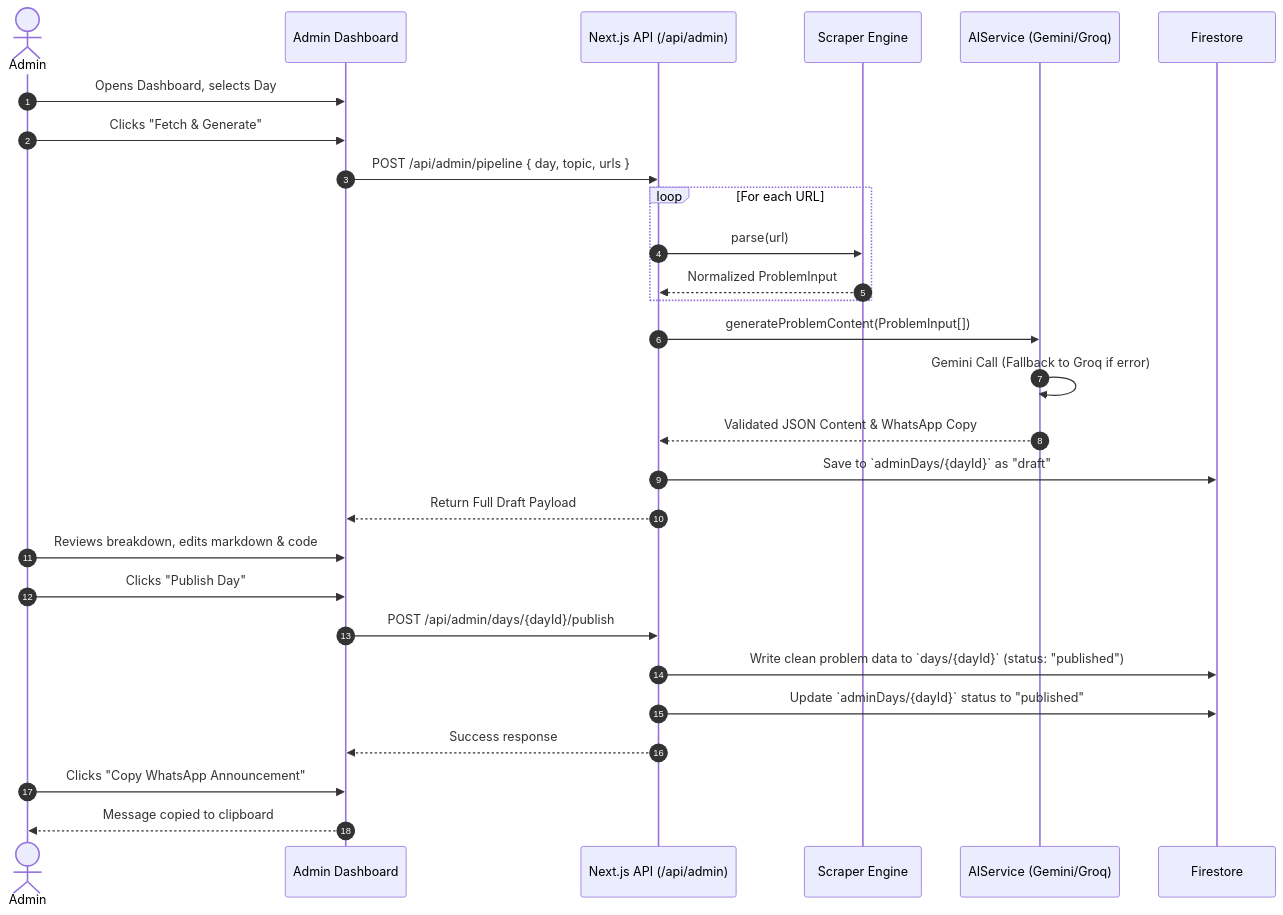
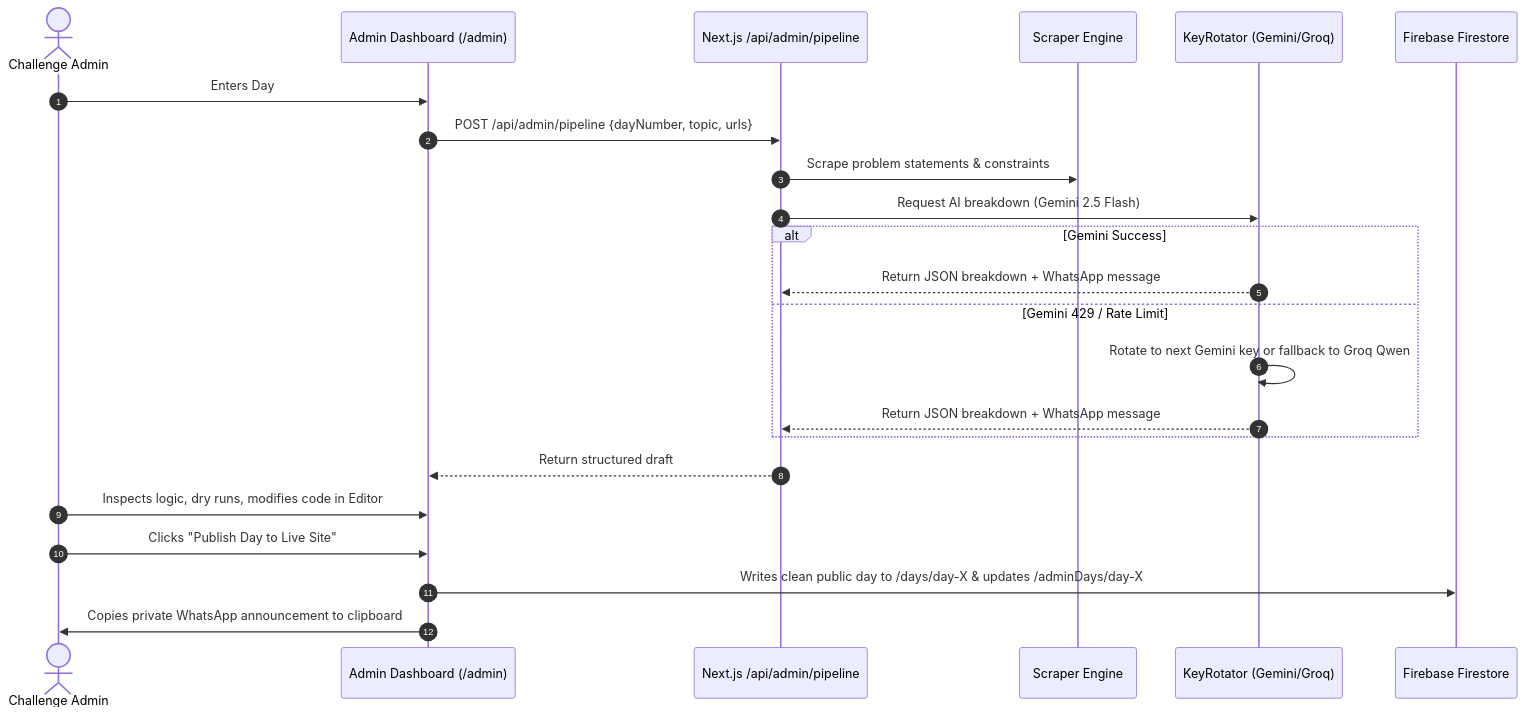
The third of 7 diagrams in SYSTEM_DESIGN.md (atharvabaodhankar/100_days_code), drawn with Mermaid before and after one commit. The commit also changed other lines of this file and 12 other files, not shown here.

Commit message:
feat: implement challenge detail and leaderboard pages with integrated Firebase gamification and authentication

````diff
--- a/SYSTEM_DESIGN.md
+++ b/SYSTEM_DESIGN.md
@@ -190,37 +224,26 @@
 ```mermaid
 sequenceDiagram
     autonumber
-    actor Admin
-    participant AdminUI as Admin Dashboard
-    participant API as Next.js API (/api/admin)
+    actor Admin as Challenge Admin
+    participant AdminUI as Admin Dashboard (/admin)
+    participant PipeAPI as Next.js /api/admin/pipeline
     participant Scraper as Scraper Engine
-    participant AI as AIService (Gemini/Groq)
-    participant DB as Firestore
+    participant KeyRot as KeyRotator (Gemini/Groq)
+    participant Firestore as Firebase Firestore
 
-    Admin->>AdminUI: Opens Dashboard, selects Day # & enters 1–3 URLs
-    Admin->>AdminUI: Clicks "Fetch & Generate"
-    AdminUI->>API: POST /api/admin/pipeline { day, topic, urls }
-    
-    loop For each URL
-        API->>Scraper: parse(url)
-        Scraper-->>API: Normalized ProblemInput
+    Admin->>AdminUI: Enters Day #, Topic, and 1–3 Problem URLs
+    AdminUI->>PipeAPI: POST /api/admin/pipeline {dayNumber, topic, urls}
+    PipeAPI->>Scraper: Scrape problem statements & constraints
+    PipeAPI->>KeyRot: Request AI breakdown (Gemini 2.5 Flash)
+    alt Gemini Success
+        KeyRot-->>PipeAPI: Return JSON breakdown + WhatsApp message
+    else Gemini 429 / Rate Limit
+        KeyRot->>KeyRot: Rotate to next Gemini key or fallback to Groq Qwen
+        KeyRot-->>PipeAPI: Return JSON breakdown + WhatsApp message
     end
-
-    API->>AI: generateProblemContent(ProblemInput[])
-    AI->>AI: Gemini Call (Fallback to Groq if error)
-    AI-->>API: Validated JSON Content & WhatsApp Copy
-    
-    API->>DB: Save to `adminDays/{dayId}` as "draft"
-    API-->>AdminUI: Return Full Draft Payload
-    
-    Admin->>AdminUI: Reviews breakdown, edits markdown & code
-    Admin->>AdminUI: Clicks "Publish Day"
-    AdminUI->>API: POST /api/admin/days/{dayId}/publish
-    
-    API->>DB: Write clean problem data to `days/{dayId}` (status: "published")
-    API->>DB: Update `adminDays/{dayId}` status to "published"
-    API-->>AdminUI: Success response
-    
-    Admin->>AdminUI: Clicks "Copy WhatsApp Announcement"
-    AdminUI-->>Admin: Message copied to clipboard
+    PipeAPI-->>AdminUI: Return structured draft
+    Admin->>AdminUI: Inspects logic, dry runs, modifies code in Editor
+    Admin->>AdminUI: Clicks "Publish Day to Live Site"
+    AdminUI->>Firestore: Writes clean public day to /days/day-X & updates /adminDays/day-X
+    AdminUI->>Admin: Copies private WhatsApp announcement to clipboard
 ```
````
